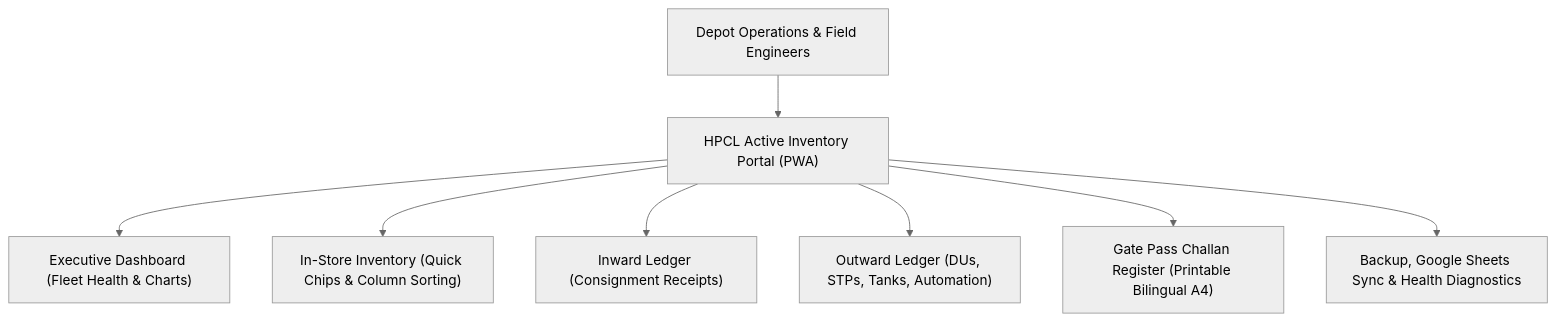
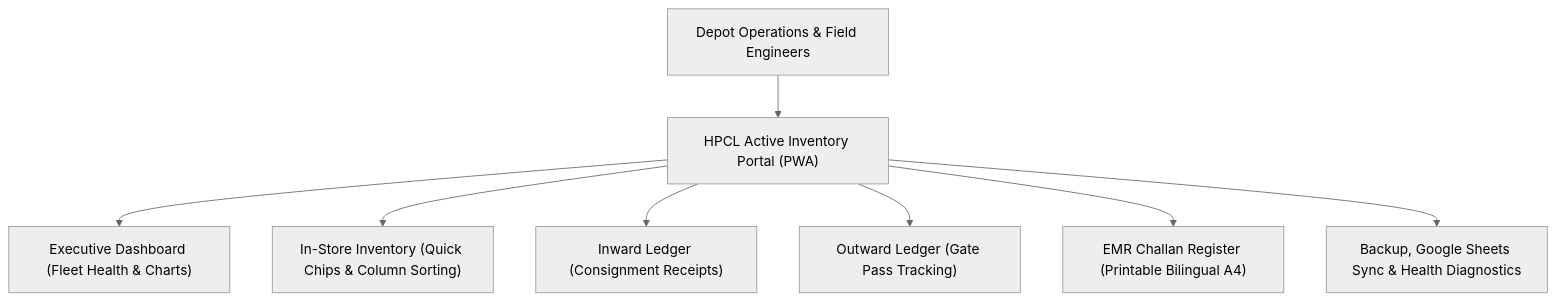
One commit to patils1996/HPCL-inventory changed the diagram in README.md. Above: the diagram before and after it, drawn with Mermaid (neutral theme). The commit also changed other lines of this file and 2 other files, not shown here.

Commit message:
Refactor: Swap Gate Pass and EMR logic across vouchers, navigation, ledgers, and sync

````diff
--- a/README.md
+++ b/README.md
@@ -14,10 +14,10 @@
 ```mermaid
 flowchart TD
     A["Depot Operations & Field Engineers"] --> B["HPCL Active Inventory Portal (PWA)"]
     B --> C["Executive Dashboard (Fleet Health & Charts)"]
     B --> D["In-Store Inventory (Quick Chips & Column Sorting)"]
     B --> E["Inward Ledger (Consignment Receipts)"]
-    B --> F["Outward Ledger (DUs, STPs, Tanks, Automation)"]
-    B --> G["Gate Pass Challan Register (Printable Bilingual A4)"]
+    B --> F["Outward Ledger (Gate Pass Tracking)"]
+    B --> G["EMR Challan Register (Printable Bilingual A4)"]
     B --> H["Backup, Google Sheets Sync & Health Diagnostics"]
 ```
````
